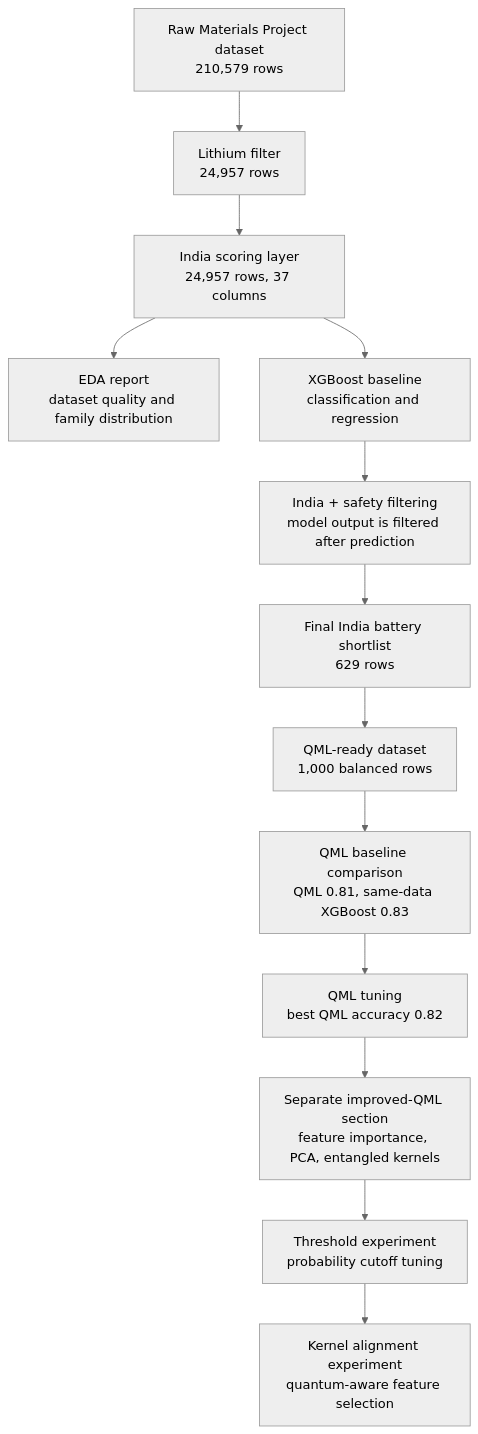
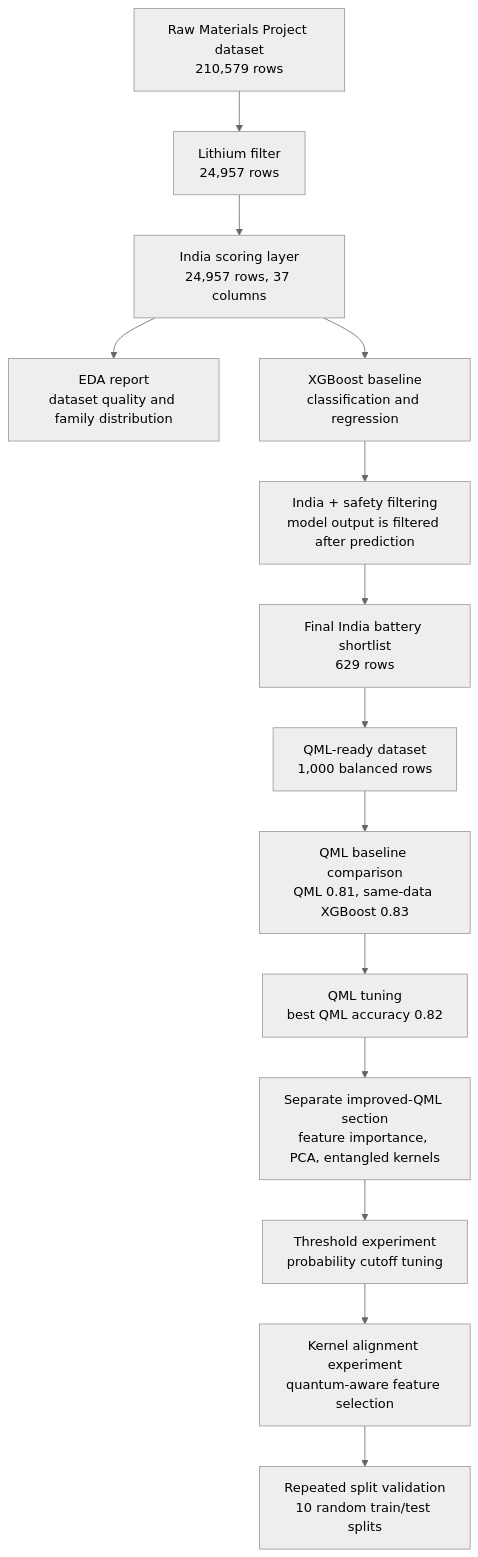
Before and after one commit to lifeknife10A/hybrid-quantum-battery-stability-prediction: the diagram in Summer Vacation/data/metadata/project_pipeline_summary.md, drawn with Mermaid (neutral theme). The commit also changed other lines of this file and 8 other files, not shown here.

Commit message:
Add repeated split validation for best QML

````diff
--- a/Summer Vacation/data/metadata/project_pipeline_summary.md
+++ b/Summer Vacation/data/metadata/project_pipeline_summary.md
@@ -36,15 +36,16 @@
 ```mermaid
 flowchart TD
     A["Raw Materials Project dataset<br/>210,579 rows"] --> B["Lithium filter<br/>24,957 rows"]
     B --> C["India scoring layer<br/>24,957 rows, 37 columns"]
     C --> D["EDA report<br/>dataset quality and family distribution"]
     C --> E["XGBoost baseline<br/>classification and regression"]
     E --> F["India + safety filtering<br/>model output is filtered after prediction"]
     F --> G["Final India battery shortlist<br/>629 rows"]
     G --> H["QML-ready dataset<br/>1,000 balanced rows"]
     H --> I["QML baseline comparison<br/>QML 0.81, same-data XGBoost 0.83"]
     I --> J["QML tuning<br/>best QML accuracy 0.82"]
     J --> K["Separate improved-QML section<br/>feature importance, PCA, entangled kernels"]
     K --> L["Threshold experiment<br/>probability cutoff tuning"]
     L --> M["Kernel alignment experiment<br/>quantum-aware feature selection"]
+    M --> N["Repeated split validation<br/>10 random train/test splits"]
 ```
````
